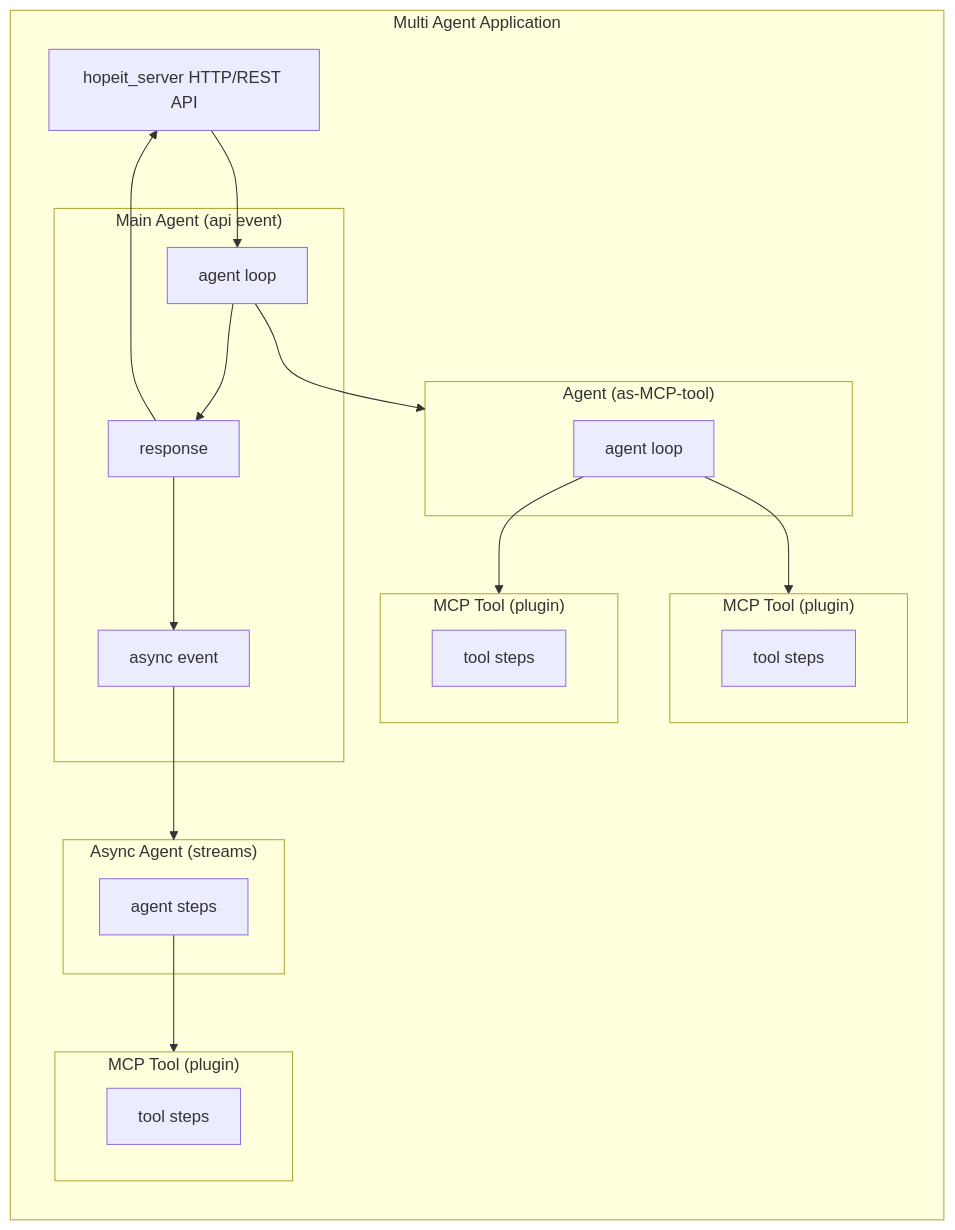
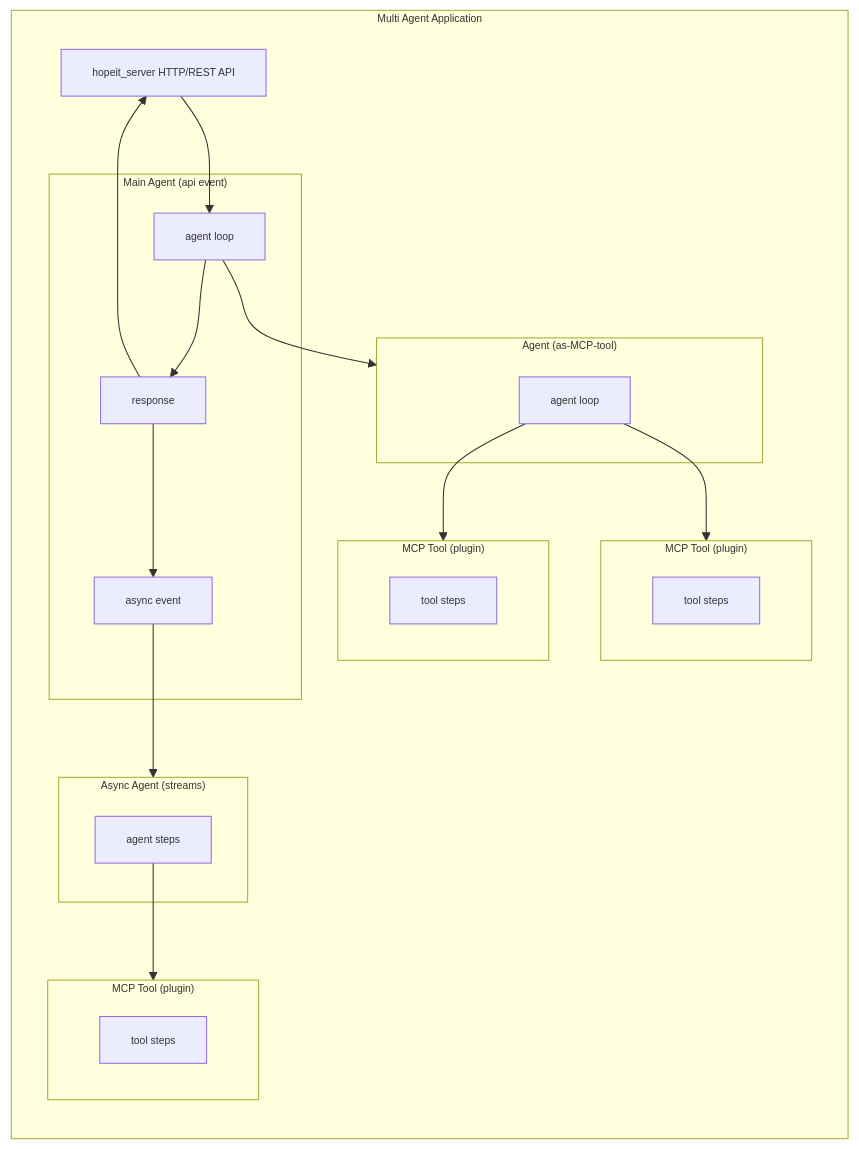
Before and after one commit to hopeit-git/hopeit.agents: the first of 2 diagrams in README.md, drawn with Mermaid. The commit also changed other lines of this file, not shown here.

Commit message:
Diagram format

````diff
--- a/README.md
+++ b/README.md
@@ -10,36 +10,39 @@
 ```mermaid
 flowchart LR
     subgraph HopeitApp["Multi Agent Application"]
         ingress["hopeit_server HTTP/REST API"]
         subgraph agent1["Main Agent (api event)"]
             e1["agent loop"]
             e2["response"]
             e3["async event"]
         end
         subgraph agent3["Agent (as-MCP-tool)"]
             a3e1["agent loop"]
         end
         subgraph agent4["Async Agent (streams)"]
             a4e1["agent steps"]
         end
         subgraph tool1["MCP Tool (plugin)"]
             t1e1["tool steps"]
         end
         subgraph tool2["MCP Tool (plugin)"]
             t2e1["tool steps"]
         end
         subgraph tool3["MCP Tool (plugin)"]
             t3e1["tool steps"]
         end
         
         ingress --> e1
         a3e1 --> tool1
         a3e1 --> tool2
         e1 --> agent3
         e1 --> e2 --> e3
         e3 --> agent4
         a4e1 --> tool3
     end
 
+    classDef small font-size:10px;
+    class ingress,agent1,agent3,agent4,tool1,tool2,tool3,e1,e2,e3,a3e1,a4e1,t1e1,t2e1,t3e1,HopeitApp small;
+
     e2 --> ingress
 ```
````
